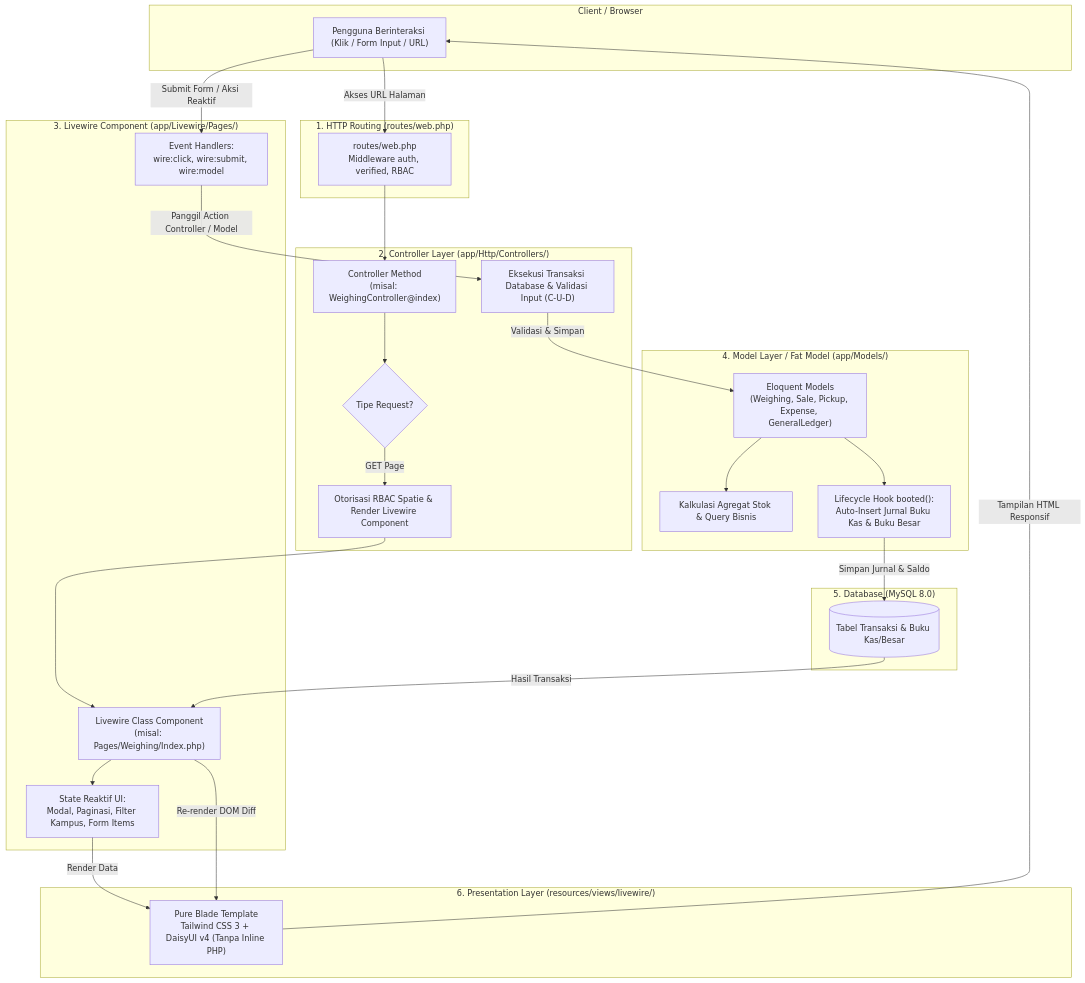
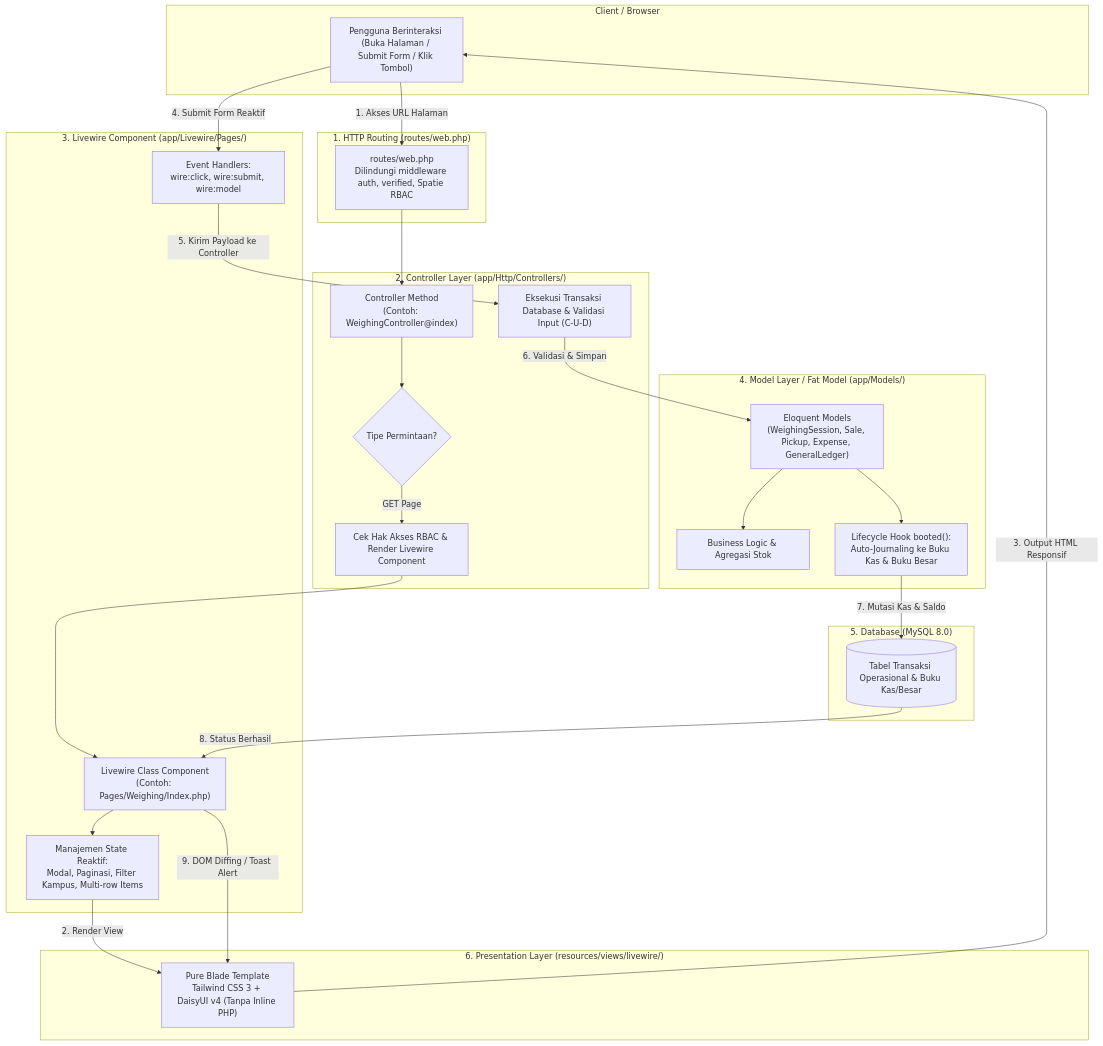
Before and after one commit to brotherzhafif/Sistem-Pengelolaan-Sampah-UAD: the diagram in README.md, drawn with Mermaid. The commit also changed other lines of this file and 2 other files, not shown here.

````diff
--- a/README.md
+++ b/README.md
@@ -107,57 +119,57 @@
 ```mermaid
 flowchart TD
     subgraph Client ["Client / Browser"]
-        A["Pengguna Berinteraksi (Klik / Form Input / URL)"]
+        A["Pengguna Berinteraksi (Buka Halaman / Submit Form / Klik Tombol)"]
     end
 
     subgraph Routing ["1. HTTP Routing (routes/web.php)"]
-        B["routes/web.php<br/>Middleware auth, verified, RBAC"]
+        B["routes/web.php<br/>Dilindungi middleware auth, verified, Spatie RBAC"]
     end
 
     subgraph ControllerLayer ["2. Controller Layer (app/Http/Controllers/)"]
-        C["Controller Method<br/>(misal: WeighingController@index)"]
-        C1{"Tipe Request?"}
-        C2["Otorisasi RBAC Spatie & Render Livewire Component"]
+        C["Controller Method<br/>(Contoh: WeighingController@index)"]
+        C1{"Tipe Permintaan?"}
+        C2["Cek Hak Akses RBAC & Render Livewire Component"]
         C3["Eksekusi Transaksi Database & Validasi Input (C-U-D)"]
     end
 
     subgraph LivewireLayer ["3. Livewire Component (app/Livewire/Pages/)"]
-        D["Livewire Class Component<br/>(misal: Pages/Weighing/Index.php)"]
-        D1["State Reaktif UI:<br/>Modal, Paginasi, Filter Kampus, Form Items"]
+        D["Livewire Class Component<br/>(Contoh: Pages/Weighing/Index.php)"]
+        D1["Manajemen State Reaktif:<br/>Modal, Paginasi, Filter Kampus, Multi-row Items"]
         D2["Event Handlers:<br/>wire:click, wire:submit, wire:model"]
     end
 
     subgraph ModelLayer ["4. Model Layer / Fat Model (app/Models/)"]
-        E["Eloquent Models<br/>(Weighing, Sale, Pickup, Expense, GeneralLedger)"]
-        E1["Kalkulasi Agregat Stok & Query Bisnis"]
-        E2["Lifecycle Hook booted():<br/>Auto-Insert Jurnal Buku Kas & Buku Besar"]
+        E["Eloquent Models<br/>(WeighingSession, Sale, Pickup, Expense, GeneralLedger)"]
+        E1["Business Logic & Agregasi Stok"]
+        E2["Lifecycle Hook booted():<br/>Auto-Journaling ke Buku Kas & Buku Besar"]
     end
 
     subgraph DatabaseLayer ["5. Database (MySQL 8.0)"]
-        F[("Tabel Transaksi & Buku Kas/Besar")]
+        F[("Tabel Transaksi Operasional & Buku Kas/Besar")]
     end
 
     subgraph ViewLayer ["6. Presentation Layer (resources/views/livewire/)"]
         G["Pure Blade Template<br/>Tailwind CSS 3 + DaisyUI v4 (Tanpa Inline PHP)"]
     end
 
-    %% Flow Alur
-    A -->|"Akses URL Halaman"| B
+    %% Alur Akses Halaman
+    A -->|"1. Akses URL Halaman"| B
     B --> C
     C --> C1
     C1 -->|"GET Page"| C2
     C2 --> D
     D --> D1
-    D1 -->|"Render Data"| G
-    G -->|"Tampilan HTML Responsif"| A
+    D1 -->|"2. Render View"| G
+    G -->|"3. Output HTML Responsif"| A
 
-    %% Flow Aksi Reaktif
-    A -->|"Submit Form / Aksi Reaktif"| D2
-    D2 -->|"Panggil Action Controller / Model"| C3
-    C3 -->|"Validasi & Simpan"| E
+    %% Alur Aksi Reaktif (Form Submission)
+    A -->|"4. Submit Form Reaktif"| D2
+    D2 -->|"5. Kirim Payload ke Controller"| C3
+    C3 -->|"6. Validasi & Simpan"| E
     E --> E1
     E --> E2
-    E2 -->|"Simpan Jurnal & Saldo"| F
-    F -->|"Hasil Transaksi"| D
-    D -->|"Re-render DOM Diff"| G
+    E2 -->|"7. Mutasi Kas & Saldo"| F
+    F -->|"8. Status Berhasil"| D
+    D -->|"9. DOM Diffing / Toast Alert"| G
 ```
````
